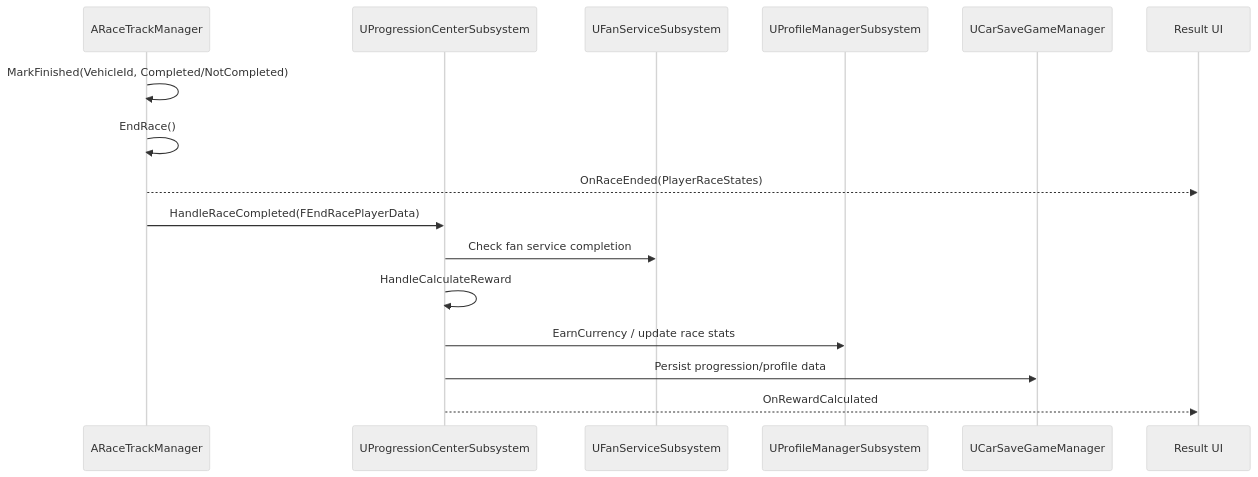
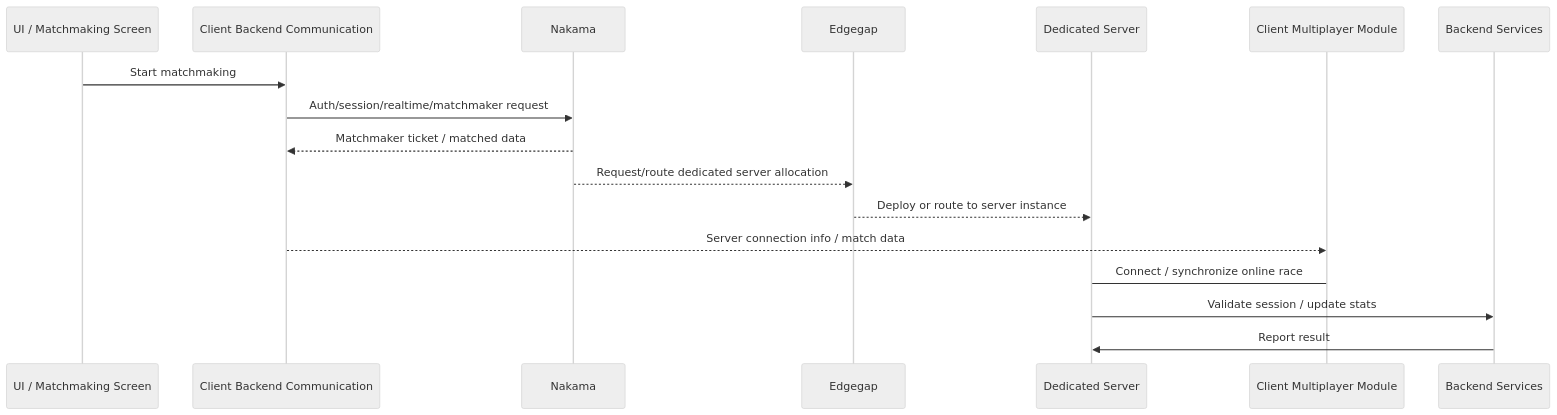
Before and after one commit to Click-Game-Studio/VNRacing: the fourth of 14 diagrams in Docs/VNRacing_LLD.md, drawn with Mermaid (neutral theme).

Commit message:
Update graph, somehow it's wrong. Maybe the preview system is bugged

````diff
--- a/Docs/VNRacing_LLD.md
+++ b/Docs/VNRacing_LLD.md
@@ -400,19 +400,20 @@
 ```mermaid
 sequenceDiagram
-    participant RTM as ARaceTrackManager
-    participant PROG as UProgressionCenterSubsystem
-    participant FAN as UFanServiceSubsystem
-    participant PROFILE as UProfileManagerSubsystem
-    participant SAVE as UCarSaveGameManager
-    participant UI as Result UI
+    participant UI as UI / Matchmaking Screen
+    participant BE as Client Backend Communication
+    participant NAK as Nakama
+    participant EDGE as Edgegap
+    participant DS as Dedicated Server
+    participant MUL as Client Multiplayer Module
+    participant BEX as Backend Services
 
-    RTM->>RTM: MarkFinished(VehicleId, Completed/NotCompleted)
-    RTM->>RTM: EndRace()
-    RTM-->>UI: OnRaceEnded(PlayerRaceStates)
-    RTM->>PROG: HandleRaceCompleted(FEndRacePlayerData)
-    PROG->>FAN: Check fan service completion
-    PROG->>PROG: HandleCalculateReward
-    PROG->>PROFILE: EarnCurrency / update race stats
-    PROG->>SAVE: Persist progression/profile data
-    PROG-->>UI: OnRewardCalculated
+    UI->>BE: Start matchmaking
+    BE->>NAK: Auth/session/realtime/matchmaker request
+    NAK-->>BE: Matchmaker ticket / matched data
+    NAK-->>EDGE: Request/route dedicated server allocation
+    EDGE-->>DS: Deploy or route to server instance
+    BE-->>MUL: Server connection info / match data
+    MUL->DS: Connect / synchronize online race
+    DS->>BEX: Validate session / update stats
+    BEX->>DS: Report result
 ```
````
